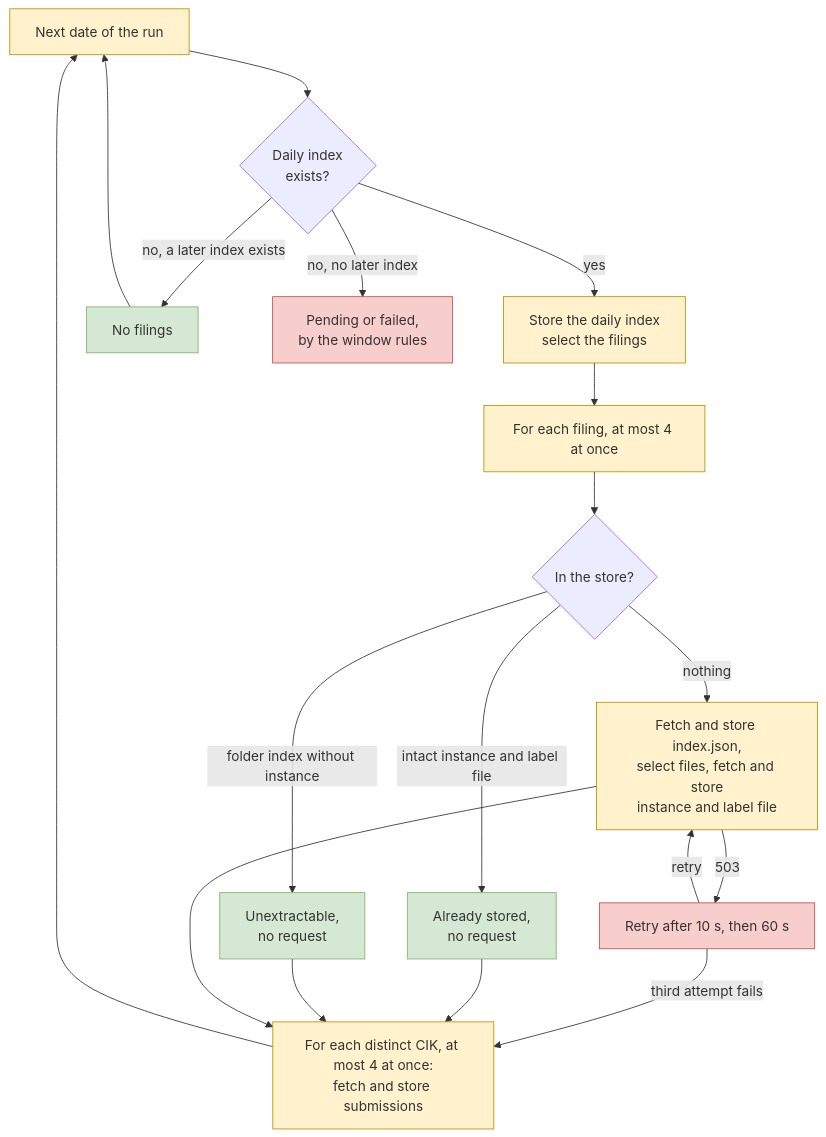
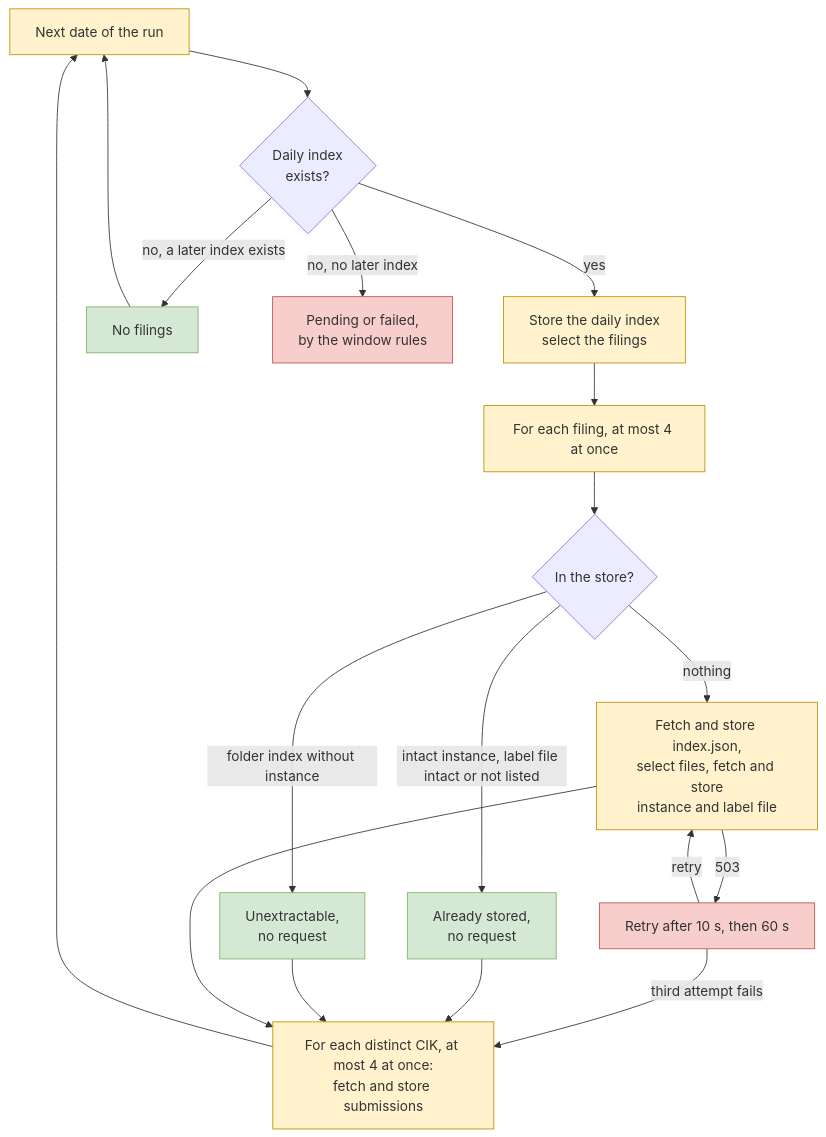
Before and after one commit to ironcapitaleu/arkad: the fourth of 4 diagrams in sec/design/pipeline/extraction_overview.md, drawn with Mermaid. The commit also changed other lines of this file and 3 other files, not shown here.

First line of the commit message:
test(sec): cover a lost folder index in the label-file skip

````diff
--- a/sec/design/pipeline/extraction_overview.md
+++ b/sec/design/pipeline/extraction_overview.md
@@ -394,24 +394,24 @@
 ```mermaid
 flowchart TB
     classDef step fill:#fff2cc,stroke:#bf9000
     classDef skip fill:#d5e8d4,stroke:#82b366
     classDef fail fill:#f8cecc,stroke:#b85450
 
     D["Next date of the run"]:::step --> DI{"Daily index<br/>exists?"}
     DI -- "yes" --> SD["Store the daily index<br/>select the filings"]:::step
     DI -- "no, a later index exists" --> E["No filings"]:::skip
     DI -- "no, no later index" --> P["Pending or failed,<br/>by the window rules"]:::fail
     SD --> F["For each filing, at most 4 at once"]:::step
     F --> R{"In the store?"}
-    R -- "intact instance and label file" --> S1["Already stored,<br/>no request"]:::skip
+    R -- "intact instance, label file intact or not listed" --> S1["Already stored,<br/>no request"]:::skip
     R -- "folder index without instance" --> S2["Unextractable,<br/>no request"]:::skip
     R -- "nothing" --> X["Fetch and store index.json,<br/>select files, fetch and store<br/>instance and label file"]:::step
     X -- "503" --> RT["Retry after 10 s, then 60 s"]:::fail
     RT -- "retry" --> X
     RT -- "third attempt fails" --> C
     S1 --> C["For each distinct CIK, at most 4 at once:<br/>fetch and store submissions"]:::step
     S2 --> C
     X --> C
     E --> D
     C --> D
 ```
````
